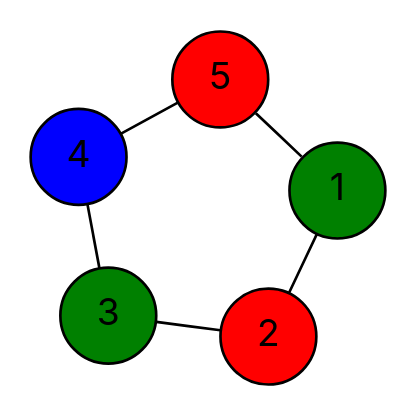
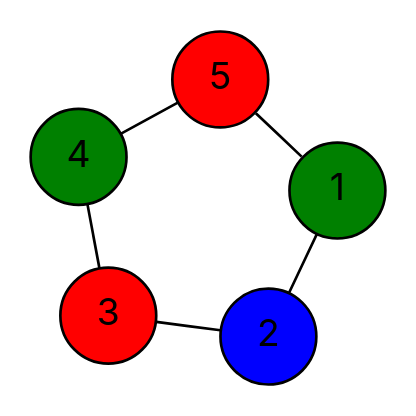
One commit to vercah/vertex-coloring changed the diagram in data/final-dots/easy-03-parallel.dot. Above: the diagram before and after it, drawn with Graphviz. The commit also changed 144 other files, not shown here.

```diff
--- a/data/final-dots/easy-03-parallel.dot
+++ b/data/final-dots/easy-03-parallel.dot
@@ -1,16 +1,16 @@
 graph G {
   layout=neato;
   overlap=false;
   splines=true;
   node [shape=circle, style=filled, fontname=Inter];
   1 [label="1", fillcolor="green", tooltip="v1 color 1"];
-  2 [label="2", fillcolor="red", tooltip="v2 color 0"];
-  3 [label="3", fillcolor="green", tooltip="v3 color 1"];
-  4 [label="4", fillcolor="blue", tooltip="v4 color 2"];
+  2 [label="2", fillcolor="blue", tooltip="v2 color 2"];
+  3 [label="3", fillcolor="red", tooltip="v3 color 0"];
+  4 [label="4", fillcolor="green", tooltip="v4 color 1"];
   5 [label="5", fillcolor="red", tooltip="v5 color 0"];
   1 -- 2;
   1 -- 5;
   2 -- 3;
   3 -- 4;
   4 -- 5;
 }
```
